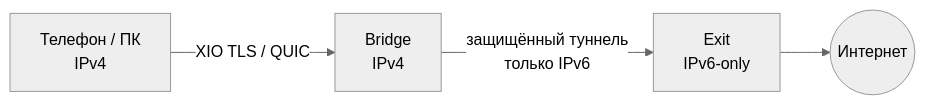
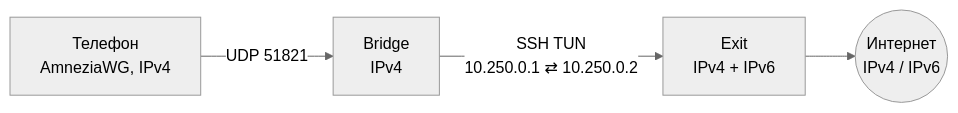
One commit to rukazax/xio_vpn changed the third of 4 diagrams in README.ru.md. Above: the diagram before and after it, drawn with Mermaid (neutral theme). The commit also changed other lines of this file and 7 other files, not shown here.

````diff
--- a/README.ru.md
+++ b/README.ru.md
@@ -354,6 +355,6 @@
 ```mermaid
 flowchart LR
-  A[Телефон / ПК<br/>IPv4] -->|XIO TLS / QUIC| B[Bridge<br/>IPv4]
-  B -->|защищённый туннель<br/>только IPv6| C[Exit<br/>IPv6-only]
-  C --> D((Интернет))
+  A[Телефон<br/>AmneziaWG, IPv4] -->|UDP 51821| B[Bridge<br/>IPv4]
+  B -->|SSH TUN<br/>10.250.0.1 ⇄ 10.250.0.2| C[Exit<br/>IPv4 + IPv6]
+  C --> D((Интернет<br/>IPv4 / IPv6))
 ```
````
